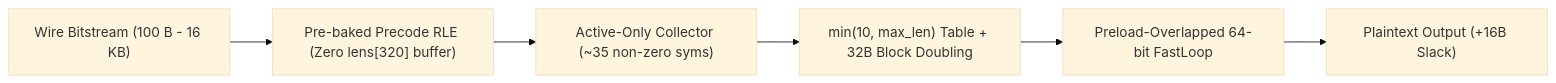
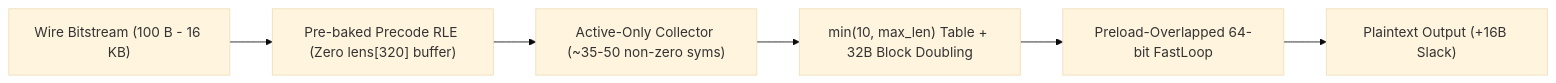
One commit to code-agree/picoflate changed the diagram in README.md. Above: the diagram before and after it, drawn with Mermaid (base theme). The commit also changed other lines of this file and 6 other files, not shown here.

````diff
--- a/README.md
+++ b/README.md
@@ -37,8 +37,8 @@
 ```mermaid
 flowchart LR
     A["Wire Bitstream (100 B - 16 KB)"] --> B["Pre-baked Precode RLE (Zero lens[320] buffer)"]
-    B --> C["Active-Only Collector (~35 non-zero syms)"]
+    B --> C["Active-Only Collector (~35-50 non-zero syms)"]
     C --> D["min(10, max_len) Table + 32B Block Doubling"]
     D --> E["Preload-Overlapped 64-bit FastLoop"]
     E --> F["Plaintext Output (+16B Slack)"]
 ```
````
